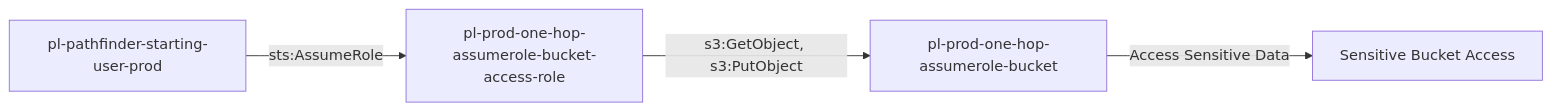
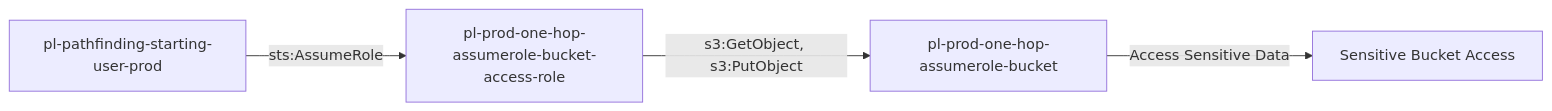
One commit to DataDog/pathfinding-labs changed the diagram in modules/scenarios/single-account/privesc-one-hop/to-bucket/sts-assumerole/README.md. Above: the diagram before and after it, drawn with Mermaid. The commit also changed other lines of this file and 67 other files, not shown here.

First line of the commit message:
Rename project from pathfinder-labs to pathfinding-labs

````diff
--- a/modules/scenarios/single-account/privesc-one-hop/to-bucket/sts-assumerole/README.md
+++ b/modules/scenarios/single-account/privesc-one-hop/to-bucket/sts-assumerole/README.md
@@ -25,6 +25,6 @@
 ```mermaid
 graph LR
-    A[pl-pathfinder-starting-user-prod] -->|sts:AssumeRole| B[pl-prod-one-hop-assumerole-bucket-access-role]
+    A[pl-pathfinding-starting-user-prod] -->|sts:AssumeRole| B[pl-prod-one-hop-assumerole-bucket-access-role]
     B -->|s3:GetObject, s3:PutObject| C[pl-prod-one-hop-assumerole-bucket]
     C -->|Access Sensitive Data| D[Sensitive Bucket Access]
 ```
````
